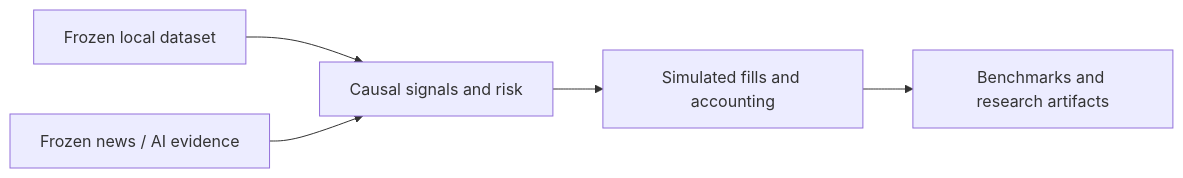
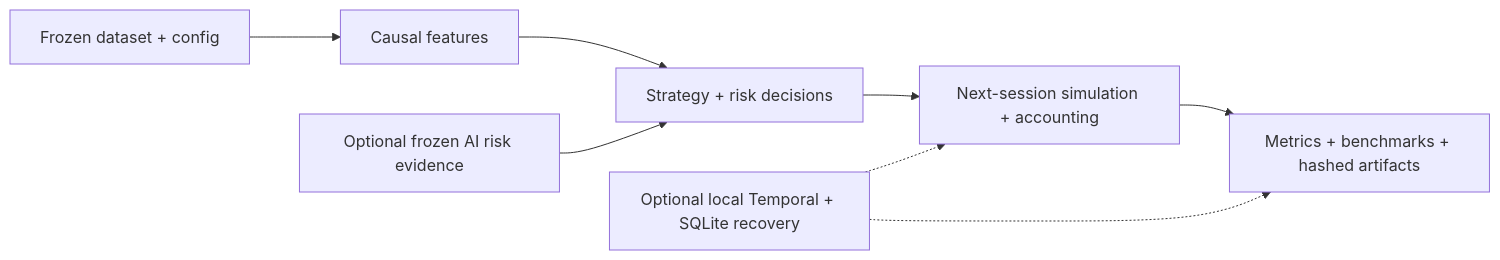
The diagram in README.md (ntua-el21026/ai-assisted-quant-research), drawn with Mermaid before and after one commit. The commit also changed other lines of this file and 6 other files, not shown here.

````diff
--- a/README.md
+++ b/README.md
@@ -41,7 +42,10 @@
 ```mermaid
 flowchart LR
-    A["Frozen local dataset"] --> B["Causal signals and risk"]
-    B --> C["Simulated fills and accounting"]
-    C --> D["Benchmarks and research artifacts"]
-    E["Frozen news / AI evidence"] --> B
+    D["Frozen dataset + config"] --> F["Causal features"]
+    F --> S["Strategy + risk decisions"]
+    S --> E["Next-session simulation + accounting"]
+    E --> M["Metrics + benchmarks + hashed artifacts"]
+    A["Optional frozen AI risk evidence"] --> S
+    T["Optional local Temporal + SQLite recovery"] -.-> E
+    T -.-> M
 ```
````
